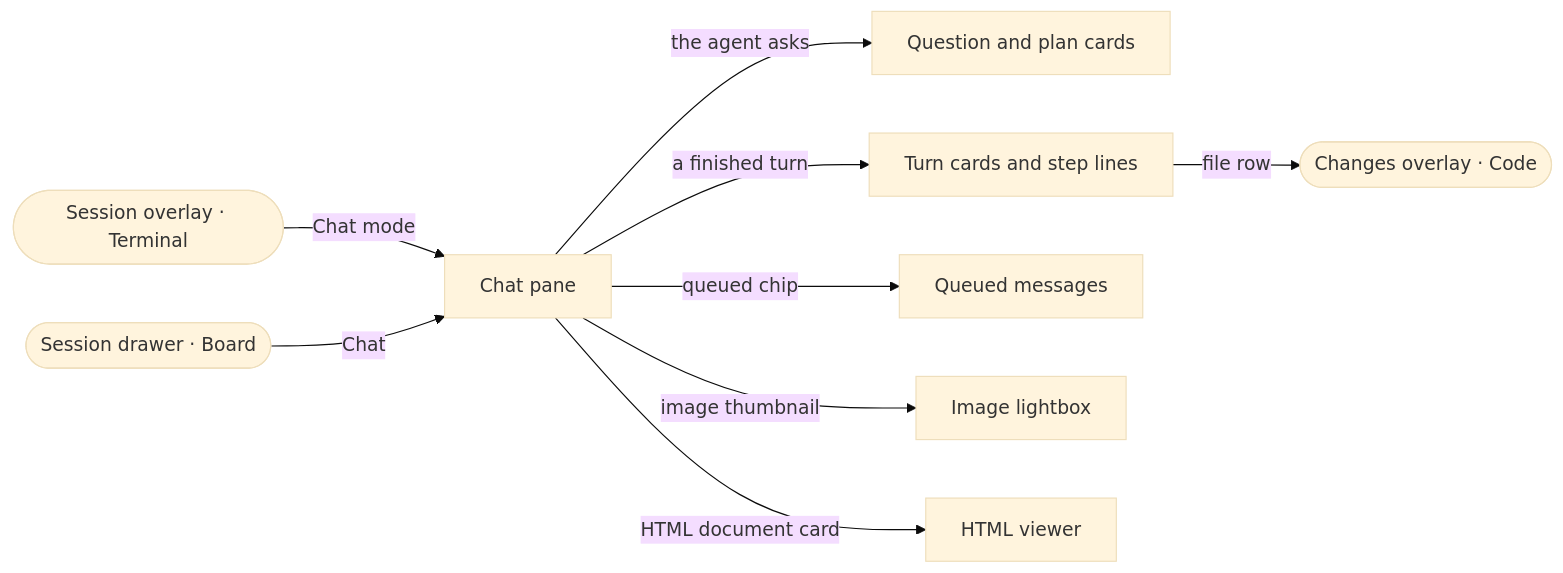
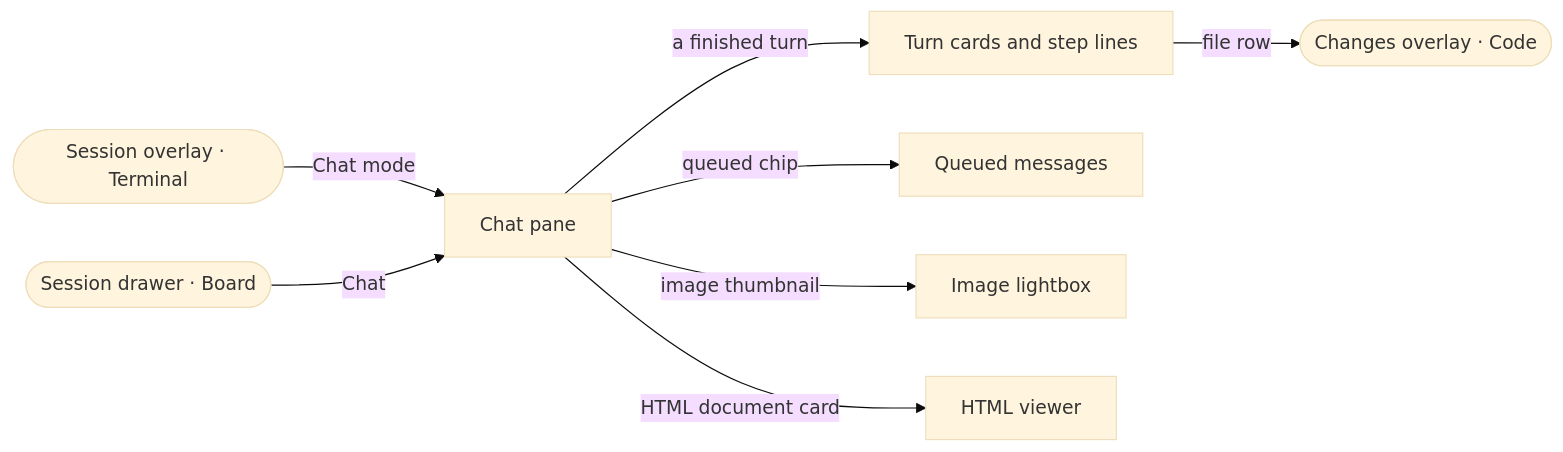
Before and after one commit to ferraroroberto/app-launcher-lite: the fourth of 11 diagrams in docs/ux-surface-map.md, drawn with Mermaid (base theme). The commit also changed other lines of this file and 94 other files, not shown here.

````diff
--- a/docs/ux-surface-map.md
+++ b/docs/ux-surface-map.md
@@ -654,20 +654,18 @@
 ```mermaid
 flowchart LR
   s34["Chat pane"]
-  s35["Question and plan cards"]
-  s36["Turn cards and step lines"]
-  s37["Queued messages"]
-  s38["Image lightbox"]
-  s39["HTML viewer"]
+  s35["Turn cards and step lines"]
+  s36["Queued messages"]
+  s37["Image lightbox"]
+  s38["HTML viewer"]
   s25(["Session overlay · Terminal"])
   s23(["Changes overlay · Code"])
-  s84(["Session drawer · Board"])
+  s83(["Session drawer · Board"])
   s25 -->|"Chat mode"| s34
-  s34 -->|"queued chip"| s37
-  s34 -->|"image thumbnail"| s38
-  s34 -->|"HTML document card"| s39
-  s34 -->|"the agent asks"| s35
-  s34 -->|"a finished turn"| s36
-  s36 -->|"file row"| s23
-  s84 -->|"Chat"| s34
+  s34 -->|"queued chip"| s36
+  s34 -->|"image thumbnail"| s37
+  s34 -->|"HTML document card"| s38
+  s34 -->|"a finished turn"| s35
+  s35 -->|"file row"| s23
+  s83 -->|"Chat"| s34
 ```
````
